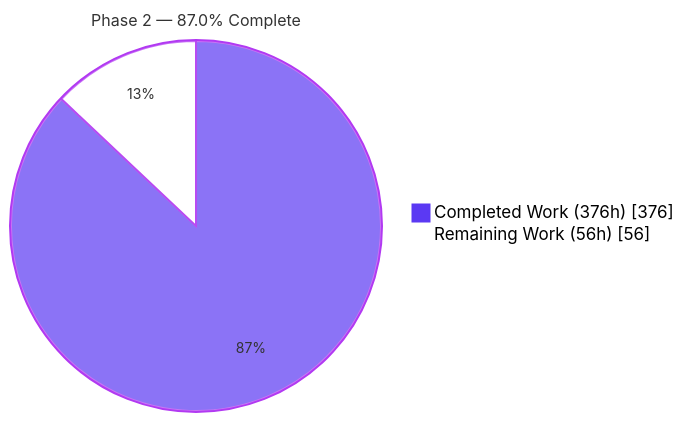
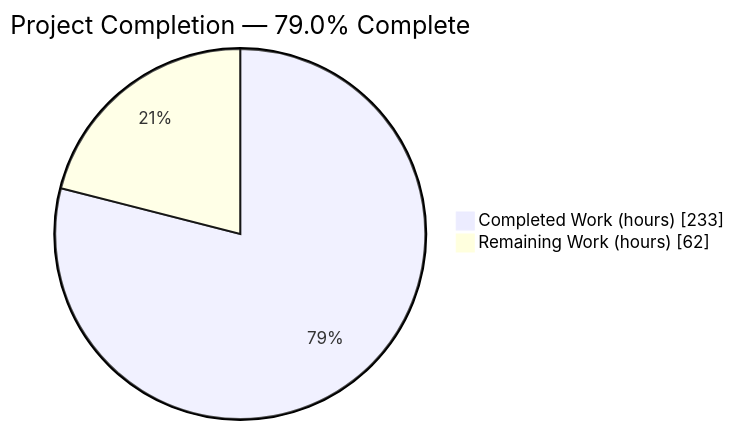
Before and after one commit to Blitzy-Sandbox/blitzy-odoo: the first of 5 diagrams in blitzy/documentation/Project Guide.md, drawn with Mermaid. The commit also changed other lines of this file, not shown here.

Commit message:
Adding Blitzy Project Guide: Project Status and Human Tasks Remaining

````diff
--- a/blitzy/documentation/Project Guide.md
+++ b/blitzy/documentation/Project Guide.md
@@ -18,6 +9,5 @@
 ```mermaid
-%%{init: {'theme':'base','themeVariables':{'pie1':'#5B39F3','pie2':'#FFFFFF','pieStrokeColor':'#B23AF2','pieOuterStrokeColor':'#B23AF2','pieOuterStrokeWidth':'2px','pieTitleTextSize':'16px','pieSectionTextSize':'14px','pieLegendTextColor':'#000000'}}}%%
-pie showData title Phase 2 — 87.0% Complete
-    "Completed Work (376h)" : 376
-    "Remaining Work (56h)" : 56
+pie showData title Project Completion — 79.0% Complete
+    "Completed Work (hours)" : 233
+    "Remaining Work (hours)" : 62
 ```
````
